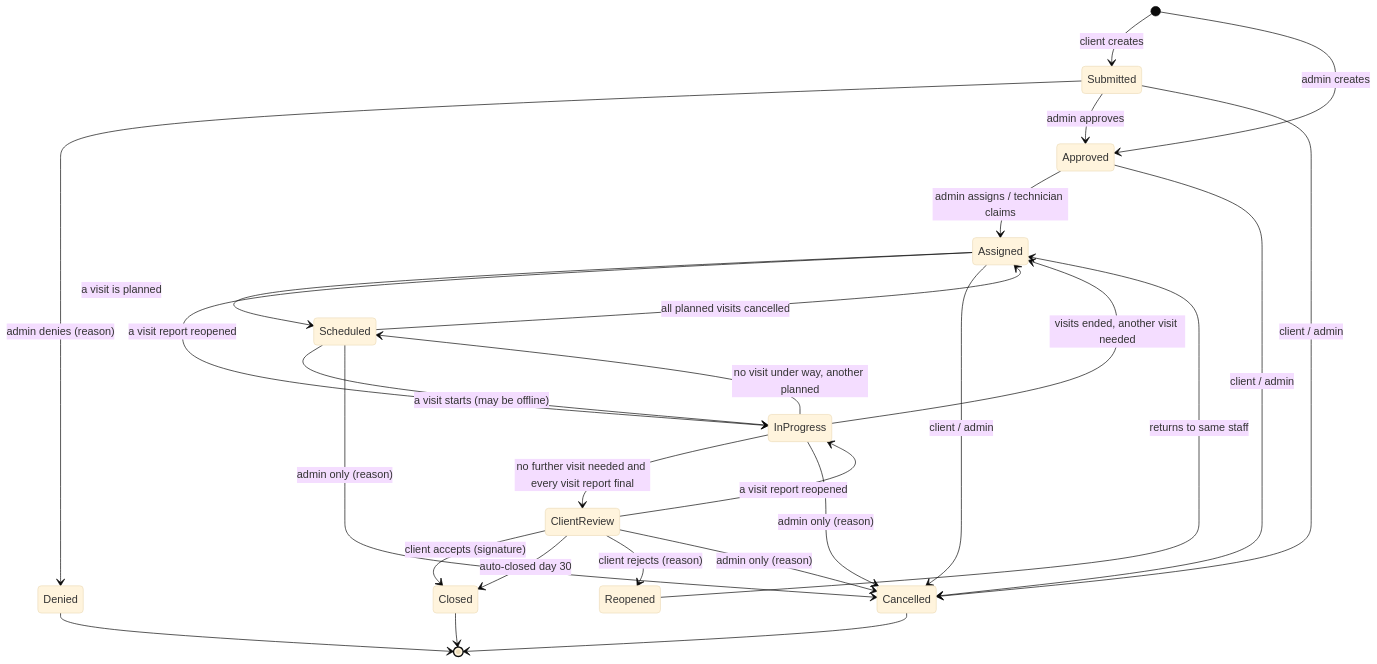
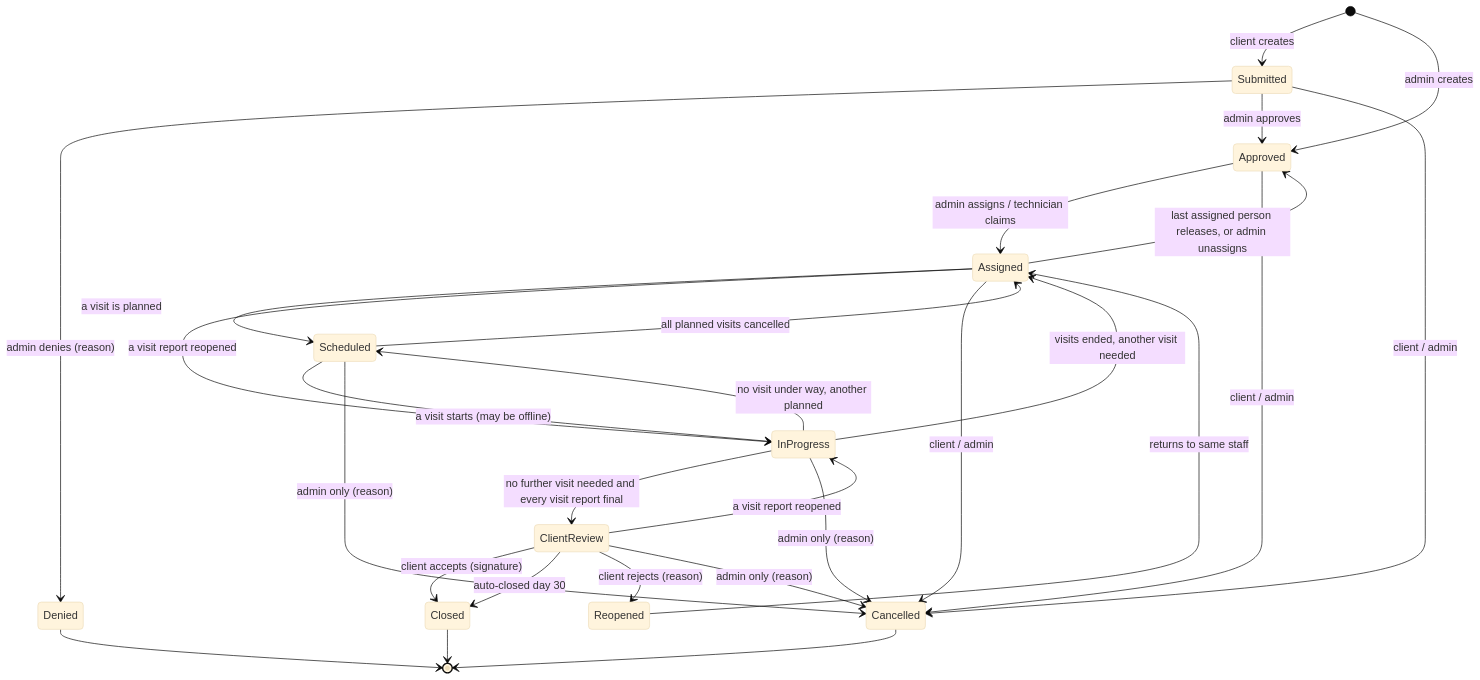
The diagram in docs/PRD.md (tajay59/MARS-MMS), drawn with Mermaid (base theme) before and after one commit. The commit also changed other lines of this file and 46 other files, not shown here.

````diff
--- a/docs/PRD.md
+++ b/docs/PRD.md
@@ -372,29 +373,30 @@
 ```mermaid
 stateDiagram-v2
     [*] --> Submitted : client creates
     [*] --> Approved : admin creates
     Submitted --> Denied : admin denies (reason)
     Submitted --> Approved : admin approves
     Approved --> Assigned : admin assigns / technician claims
+    Assigned --> Approved : last assigned person releases, or admin unassigns
     Assigned --> Scheduled : a visit is planned
     Scheduled --> Assigned : all planned visits cancelled
     Scheduled --> InProgress : a visit starts (may be offline)
     InProgress --> Scheduled : no visit under way, another planned
     InProgress --> Assigned : visits ended, another visit needed
     Assigned --> InProgress : a visit report reopened
     InProgress --> ClientReview : no further visit needed and every visit report final
     ClientReview --> InProgress : a visit report reopened
     ClientReview --> Closed : client accepts (signature)
     ClientReview --> Closed : auto-closed day 30
     ClientReview --> Reopened : client rejects (reason)
     Reopened --> Assigned : returns to same staff
     Submitted --> Cancelled : client / admin
     Approved --> Cancelled : client / admin
     Assigned --> Cancelled : client / admin
     Scheduled --> Cancelled : admin only (reason)
     InProgress --> Cancelled : admin only (reason)
     ClientReview --> Cancelled : admin only (reason)
     Denied --> [*]
     Closed --> [*]
     Cancelled --> [*]
 ```
````
